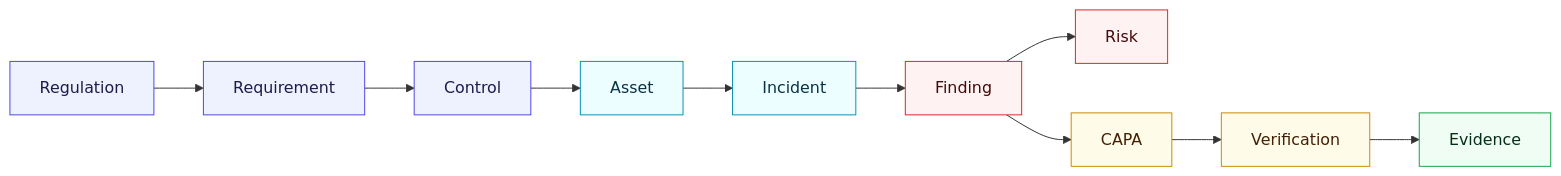
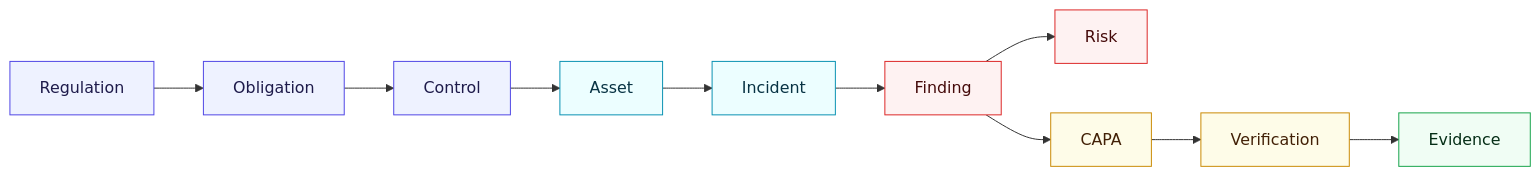
The seventh of 7 diagrams in .design/vyra-graph-spine.md (k-consult/vyra-v1), drawn with Mermaid before and after one commit. The commit also changed other lines of this file and 24 other files, not shown here.

Commit message:
changed requirement to obligation

````diff
--- a/.design/vyra-graph-spine.md
+++ b/.design/vyra-graph-spine.md
@@ -467,13 +467,13 @@
 ```mermaid
 graph LR
     classDef k fill:#eef2ff,stroke:#4f46e5,color:#1e1b4b;
     classDef o fill:#ecfeff,stroke:#0891b2,color:#083344;
     classDef i fill:#fef2f2,stroke:#dc2626,color:#450a0a;
     classDef e fill:#fefce8,stroke:#ca8a04,color:#422006;
     classDef a fill:#f0fdf4,stroke:#16a34a,color:#052e16;
 
-    REG[Regulation]:::k --> REQ[Requirement]:::k --> CTL[Control]:::k
+    REG[Regulation]:::k --> REQ[Obligation]:::k --> CTL[Control]:::k
     CTL --> AST[Asset]:::o --> INC[Incident]:::o --> FND[Finding]:::i
     FND --> RSK[Risk]:::i
     FND --> CAPA[CAPA]:::e --> VER[Verification]:::e --> EVD[Evidence]:::a
 ```
````
